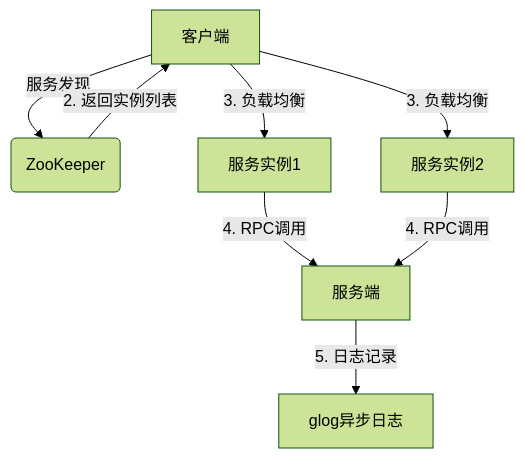
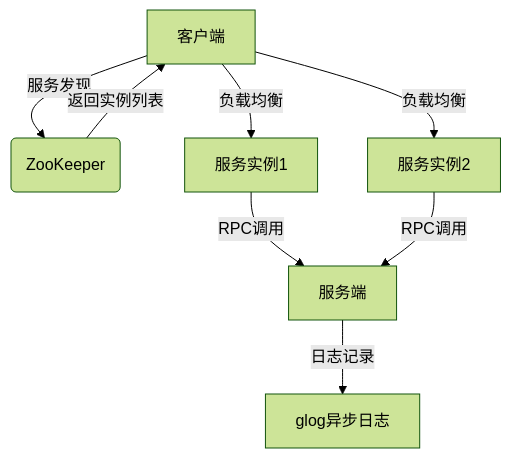
One commit to linzsc/Simple-RPC changed the diagram in README.md. Above: the diagram before and after it, drawn with Mermaid (forest theme).

````diff
--- a/README.md
+++ b/README.md
@@ -20,10 +20,10 @@
 ```mermaid
 graph TD
     A[客户端] -->|服务发现| B(ZooKeeper)
-    B -->|2. 返回实例列表| A
-    A -->|3. 负载均衡| C[服务实例1]
-    A -->|3. 负载均衡| D[服务实例2]
-    C -->|4. RPC调用| E[服务端]
-    D -->|4. RPC调用| E
-    E -->|5. 日志记录| F[glog异步日志]
+    B -->| 返回实例列表| A
+    A -->|负载均衡| C[服务实例1]
+    A -->|负载均衡| D[服务实例2]
+    C -->|RPC调用| E[服务端]
+    D -->|RPC调用| E
+    E -->|日志记录| F[glog异步日志]
 ```
````
